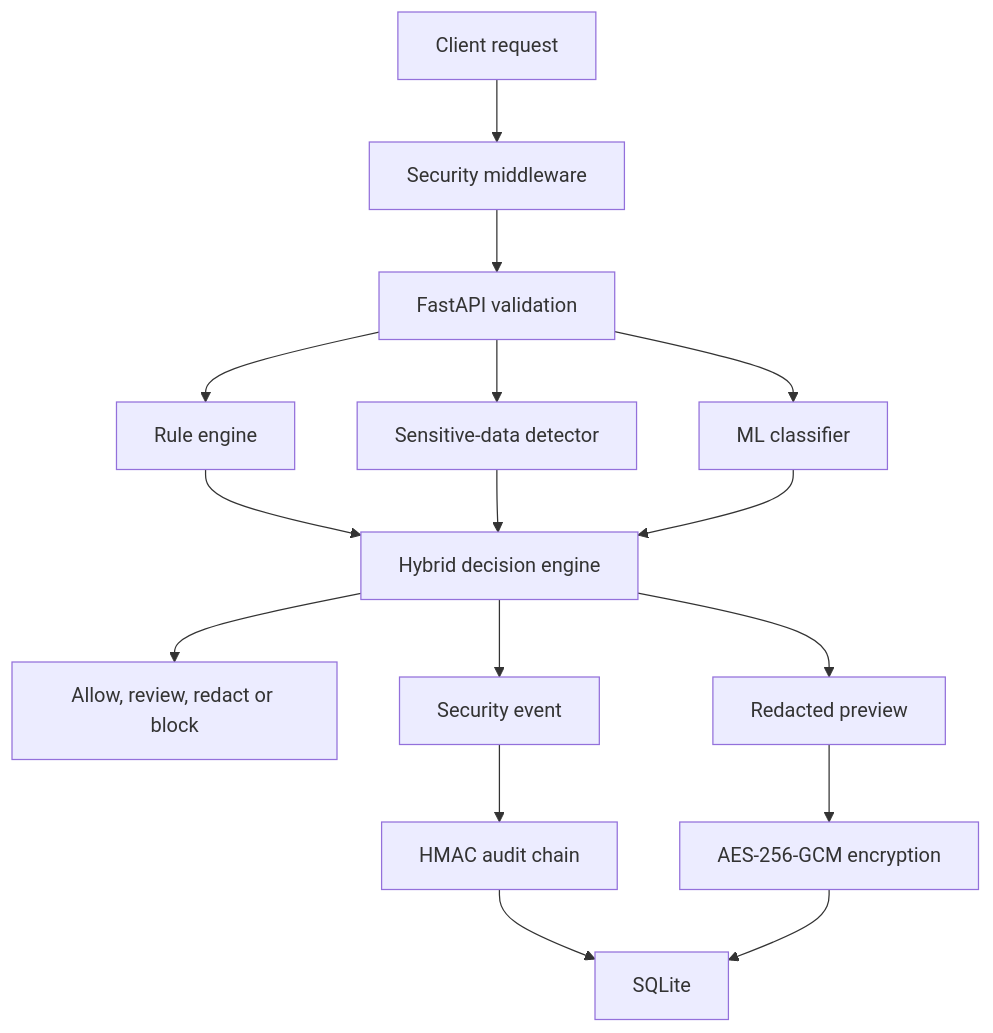
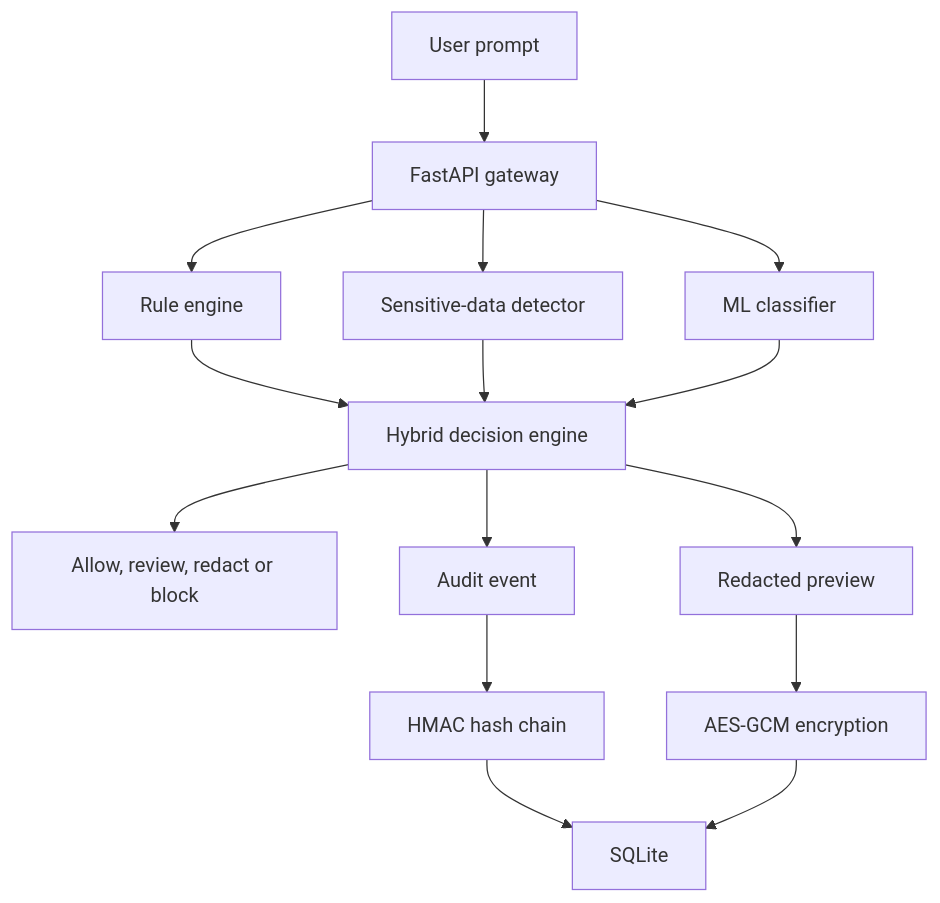
The diagram in README.md (sreemanbondada-sudo/PromptShield), drawn with Mermaid before and after one commit. The commit also changed other lines of this file and 19 other files, not shown here.

````diff
--- a/README.md
+++ b/README.md
@@ -172,18 +185,17 @@
 ```mermaid
 flowchart TD
-    A[Client request] --> B[Security middleware]
-    B --> C[FastAPI validation]
-    C --> D[Rule engine]
-    C --> E[Sensitive-data detector]
-    C --> F[ML classifier]
-    D --> G[Hybrid decision engine]
-    E --> G
-    F --> G
-    G --> H[Allow, review, redact or block]
-    G --> I[Security event]
-    I --> J[HMAC audit chain]
-    G --> K[Redacted preview]
-    K --> L[AES-256-GCM encryption]
-    J --> M[SQLite]
-    L --> M
+    A[User prompt] --> B[FastAPI gateway]
+    B --> C[Rule engine]
+    B --> D[Sensitive-data detector]
+    B --> E[ML classifier]
+    C --> F[Hybrid decision engine]
+    D --> F
+    E --> F
+    F --> G[Allow, review, redact or block]
+    F --> H[Audit event]
+    H --> I[HMAC hash chain]
+    F --> J[Redacted preview]
+    J --> K[AES-GCM encryption]
+    I --> L[SQLite]
+    K --> L
 ```
````
